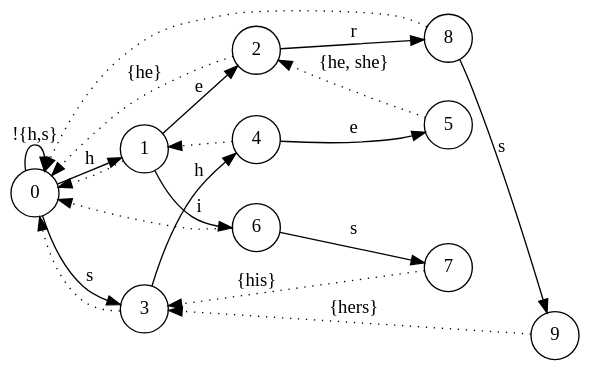
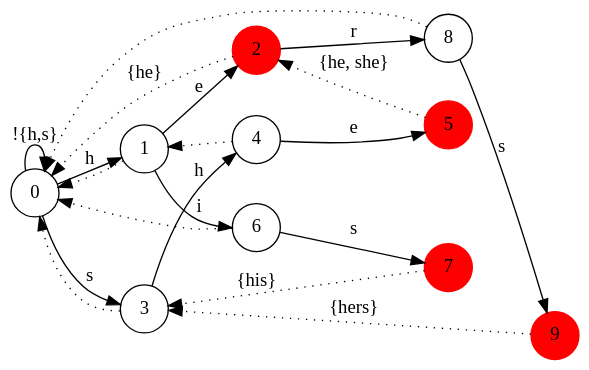
One commit to fooyou/pages_backup changed the diagram in img/dots/aho-corasick.dot. Above: the diagram before and after it, drawn with Graphviz. The commit also changed 3 other files, not shown here.

```diff
--- a/img/dots/aho-corasick.dot
+++ b/img/dots/aho-corasick.dot
@@ -1,31 +1,32 @@
 digraph G {
     bgcolor="transparent";
     rankdir=LR;
     node [shape="circle"];
     {
         0 -> 0 [label="!{h,s}"];
         0 -> 1 [label="h"];
         0 -> 3 [label="s"];
         1 -> 2 [label="e"];
         1 -> 6 [label="i"];
         2 -> 8 [label="r"];
         8 -> 9 [label="s"];
         3 -> 4 [label="h"];
         4 -> 5 [label="e"];
         6 -> 7 [label="s"];
     };
     {
         1 -> 0 [style=dotted];
         2 -> 0 [style=dotted, label="{he}"];
         3 -> 0 [style=dotted];
         6 -> 0 [style=dotted];
         8 -> 0 [style=dotted];
         4 -> 1 [style=dotted];
         5 -> 2 [style=dotted, label="{he, she}"];
         7 -> 3 [style=dotted, label="{his}"];
         9 -> 3 [style=dotted, label="{hers}"];
     };
+    {2, 5, 7, 9 [style=filled, color="red"];}
     {rank = same; 1; 3;};
     {rank = same; 2; 6; 4;};
     {rank = same; 8; 7; 5;};
 }
```
